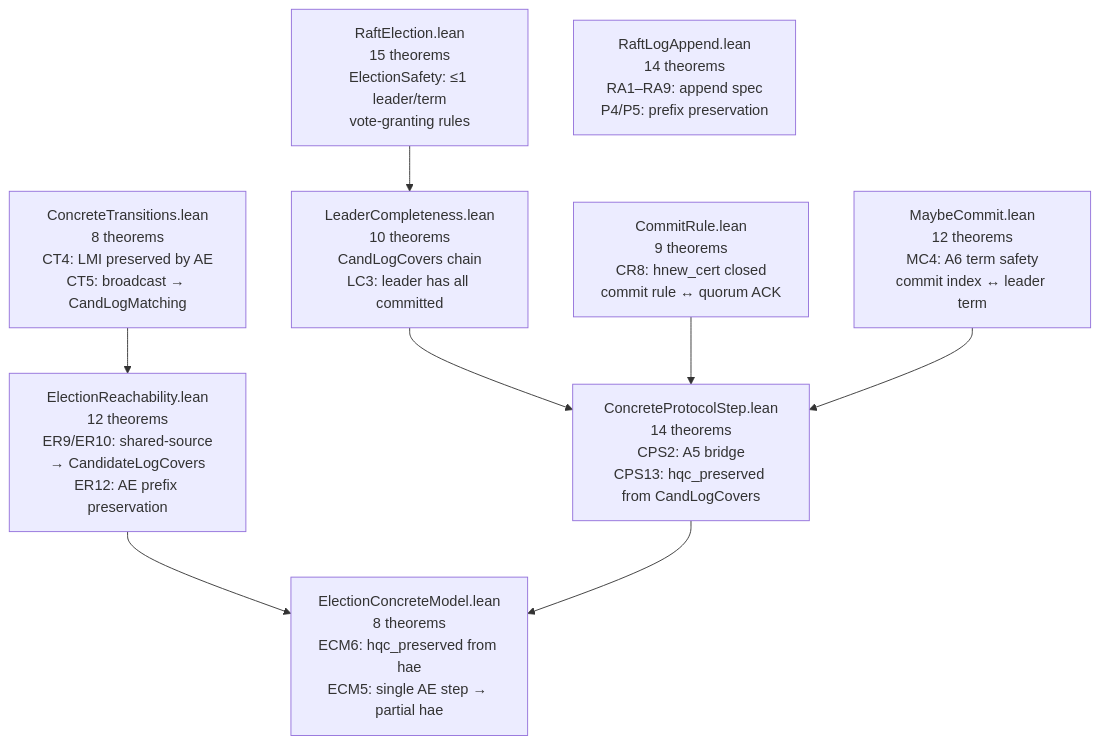
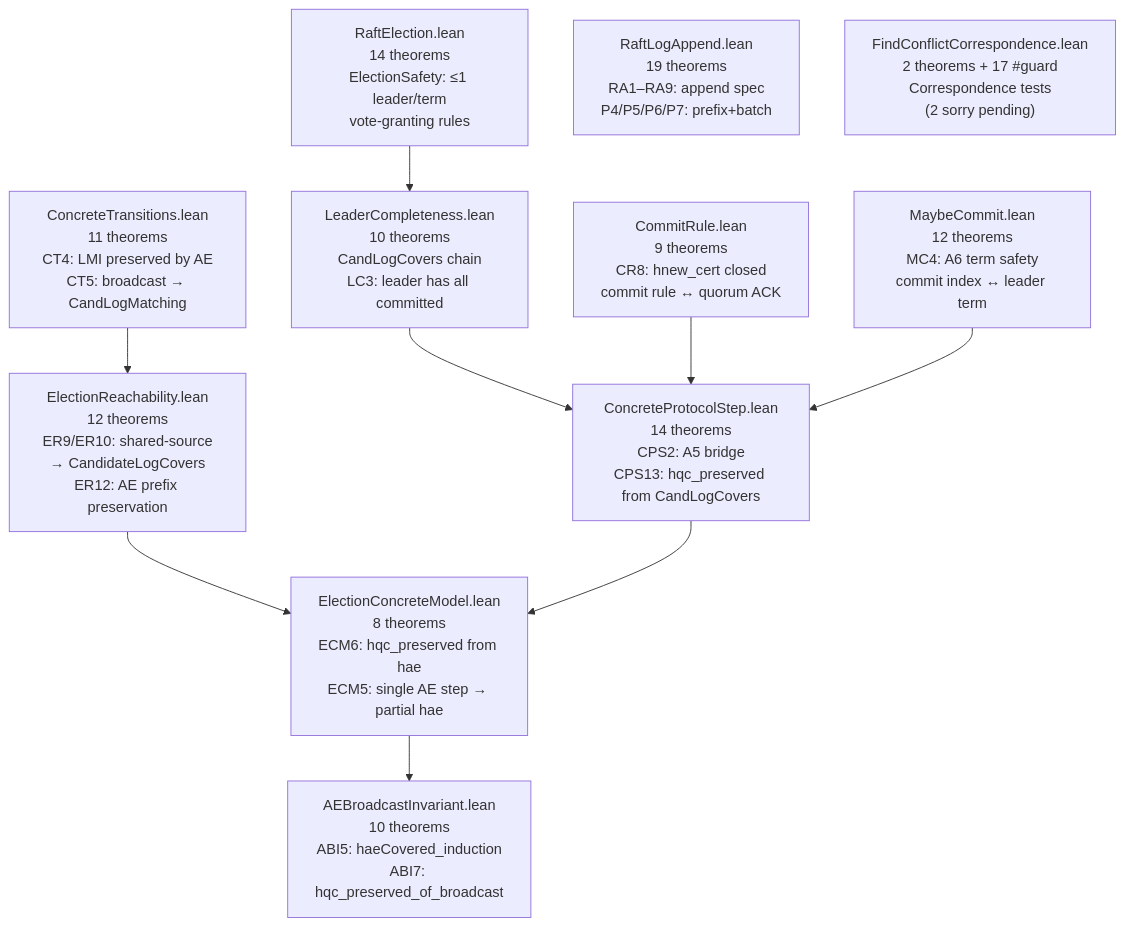
Before and after one commit to dsyme/fv-squad: the eighth of 11 diagrams in formal-verification/REPORT.md, drawn with Mermaid. The commit also changed other lines of this file and 1 other file, not shown here.

````diff
--- a/formal-verification/REPORT.md
+++ b/formal-verification/REPORT.md
@@ -240,20 +245,23 @@
 ```mermaid
 graph TD
-    RE["RaftElection.lean<br/>15 theorems<br/>ElectionSafety: ≤1 leader/term<br/>vote-granting rules"]
+    RE["RaftElection.lean<br/>14 theorems<br/>ElectionSafety: ≤1 leader/term<br/>vote-granting rules"]
     LC["LeaderCompleteness.lean<br/>10 theorems<br/>CandLogCovers chain<br/>LC3: leader has all committed"]
-    CT["ConcreteTransitions.lean<br/>8 theorems<br/>CT4: LMI preserved by AE<br/>CT5: broadcast → CandLogMatching"]
+    CT["ConcreteTransitions.lean<br/>11 theorems<br/>CT4: LMI preserved by AE<br/>CT5: broadcast → CandLogMatching"]
     CR["CommitRule.lean<br/>9 theorems<br/>CR8: hnew_cert closed<br/>commit rule ↔ quorum ACK"]
     MC["MaybeCommit.lean<br/>12 theorems<br/>MC4: A6 term safety<br/>commit index ↔ leader term"]
     CPS["ConcreteProtocolStep.lean<br/>14 theorems<br/>CPS2: A5 bridge<br/>CPS13: hqc_preserved from CandLogCovers"]
     ER["ElectionReachability.lean<br/>12 theorems<br/>ER9/ER10: shared-source<br/>→ CandidateLogCovers<br/>ER12: AE prefix preservation"]
     ECM["ElectionConcreteModel.lean<br/>8 theorems<br/>ECM6: hqc_preserved from hae<br/>ECM5: single AE step → partial hae"]
-    RLA["RaftLogAppend.lean<br/>14 theorems<br/>RA1–RA9: append spec<br/>P4/P5: prefix preservation"]
+    RLA["RaftLogAppend.lean<br/>19 theorems<br/>RA1–RA9: append spec<br/>P4/P5/P6/P7: prefix+batch"]
+    ABI["AEBroadcastInvariant.lean<br/>10 theorems<br/>ABI5: haeCovered_induction<br/>ABI7: hqc_preserved_of_broadcast"]
+    FCC["FindConflictCorrespondence.lean<br/>2 theorems + 17 #guard<br/>Correspondence tests<br/>(2 sorry pending)"]
 
     RE --> LC
     CT --> ER
     LC --> CPS
     ER --> ECM
     CPS --> ECM
     CR --> CPS
     MC --> CPS
+    ECM --> ABI
 ```
````
